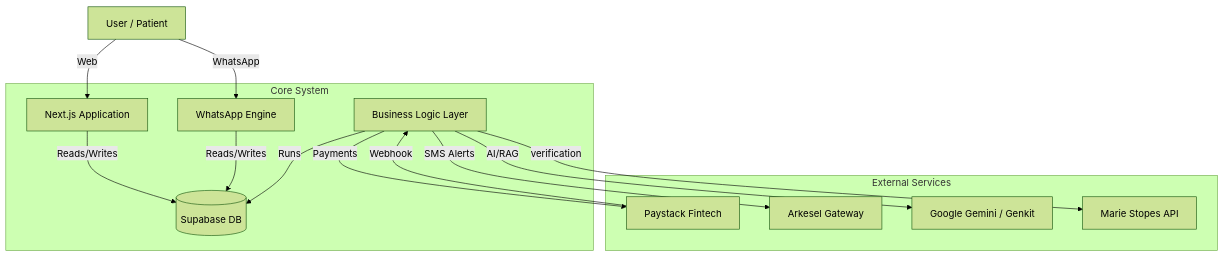
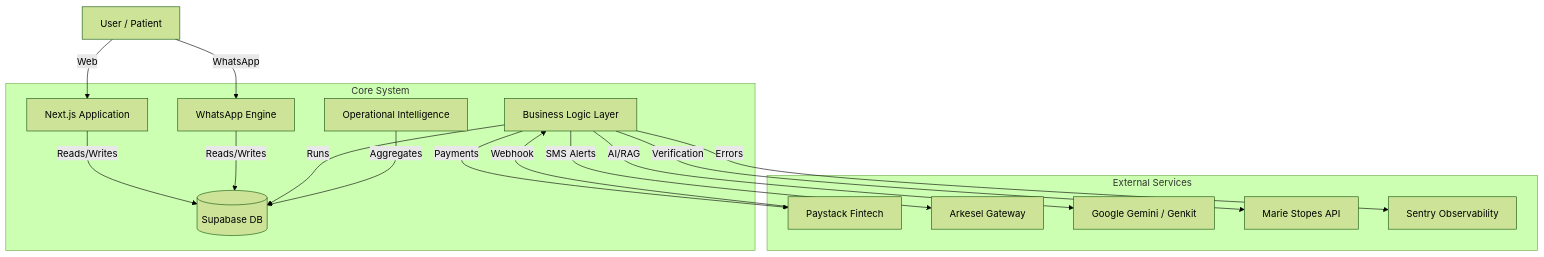
One commit to naeemAbdul-Aziz/discreetkit changed the first of 2 diagrams in docs/investor-reports/02-system-architecture.md. Above: the diagram before and after it, drawn with Mermaid (forest theme). The commit also changed other lines of this file and 9 other files, not shown here.

````diff
--- a/docs/investor-reports/02-system-architecture.md
+++ b/docs/investor-reports/02-system-architecture.md
@@ -44,20 +71,22 @@
 ```mermaid
 graph TD
     User[User / Patient] -->|Web| App[Next.js Application]
     User -->|WhatsApp| WA[WhatsApp Engine]
   
     subgraph Core System
     App -->|Reads/Writes| DB[(Supabase DB)]
     WA -->|Reads/Writes| DB
     Logic[Business Logic Layer] -->|Runs| DB
+    IntelLayer[Operational Intelligence] -->|Aggregates| DB
     end
   
     subgraph External Services
     Logic -->|Payments| Paystack[Paystack Fintech]
     Logic -->|SMS Alerts| Arkesel[Arkesel Gateway]
     Logic -->|AI/RAG| Genkit[Google Gemini / Genkit]
-    Logic -->|verification| MS[Marie Stopes API]
+    Logic -->|Verification| MS[Marie Stopes API]
+    Logic -->|Errors| Sentry[Sentry Observability]
     end
   
     Paystack -->|Webhook| Logic
 ```
````
